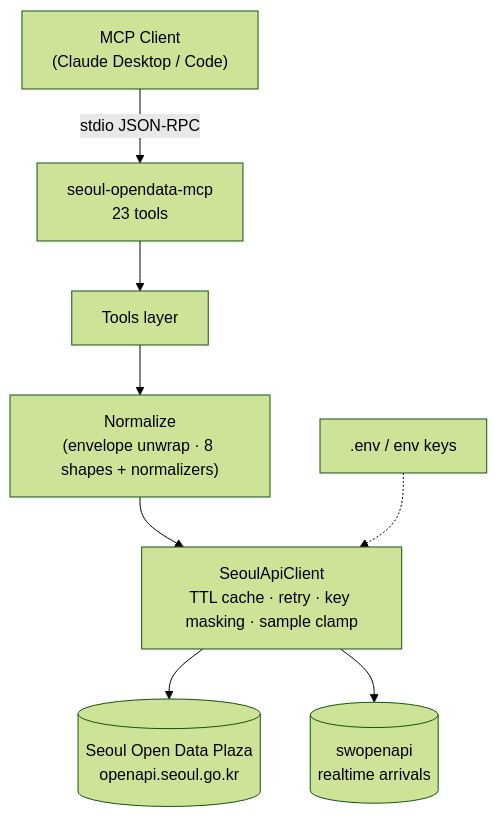
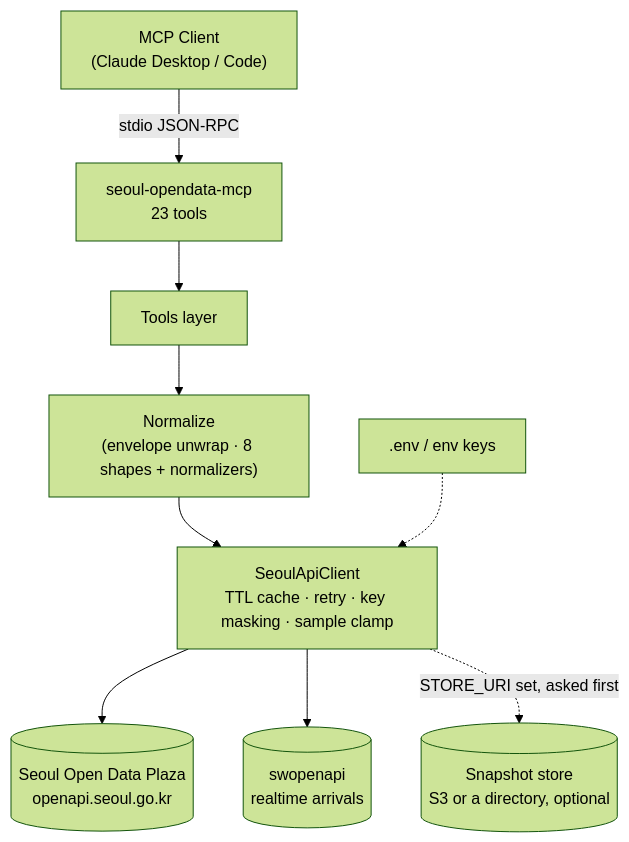
One commit to whchoi98/seoul-opendata-mcp changed the first of 2 diagrams in README.md. Above: the diagram before and after it, drawn with Mermaid (forest theme). The commit also changed other lines of this file and 8 other files, not shown here.

First line of the commit message:
docs: show the snapshot store and its daily collection in the architecture doc and infographic

````diff
--- a/README.md
+++ b/README.md
@@ -43,10 +43,11 @@
 ```mermaid
 flowchart TD
     MCPClient["MCP Client<br/>(Claude Desktop / Code)"] -->|"stdio JSON-RPC"| Server["seoul-opendata-mcp<br/>23 tools"]
     Server --> ToolsLayer["Tools layer"]
     ToolsLayer --> Normalize["Normalize<br/>(envelope unwrap · 8 shapes + normalizers)"]
     Normalize --> Client["SeoulApiClient<br/>TTL cache · retry · key masking · sample clamp"]
     Client --> APIs[("Seoul Open Data Plaza<br/>openapi.seoul.go.kr")]
     Client --> Subway[("swopenapi<br/>realtime arrivals")]
+    Client -.->|"STORE_URI set, asked first"| Store[("Snapshot store<br/>S3 or a directory, optional")]
     ENV[".env / env keys"] -.-> Client
 ```
````
